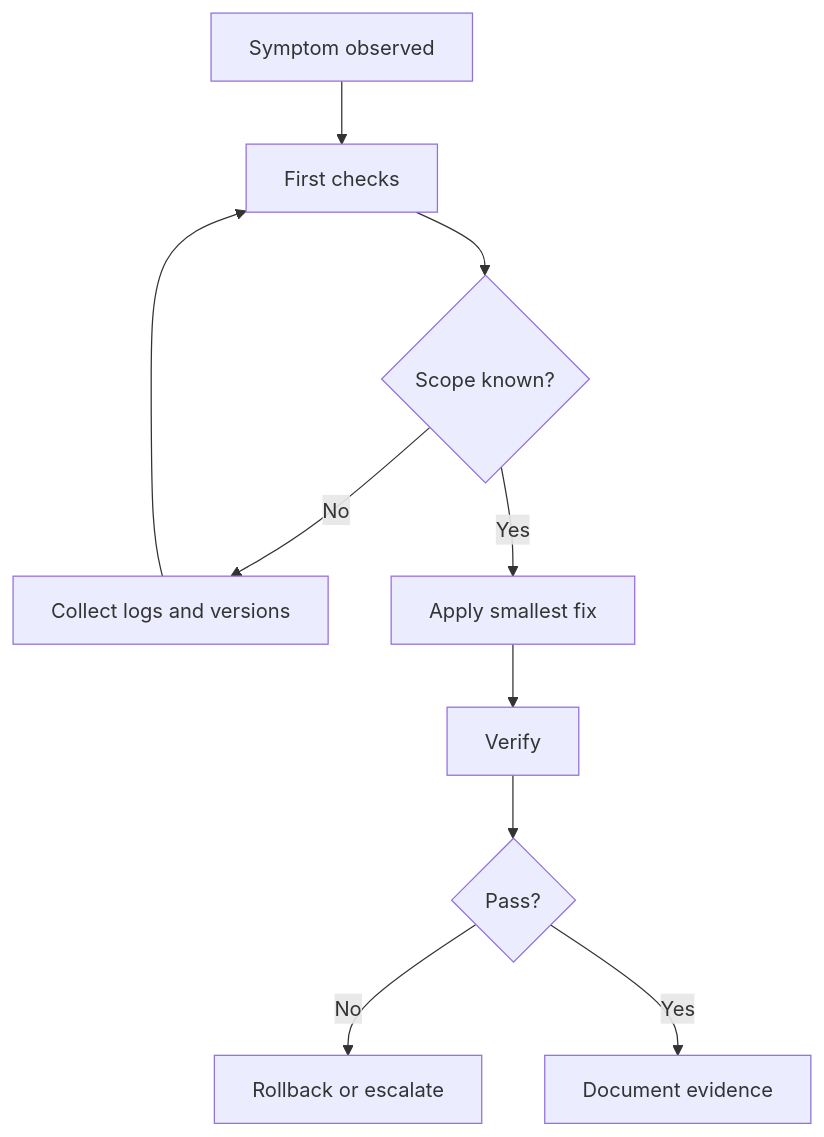
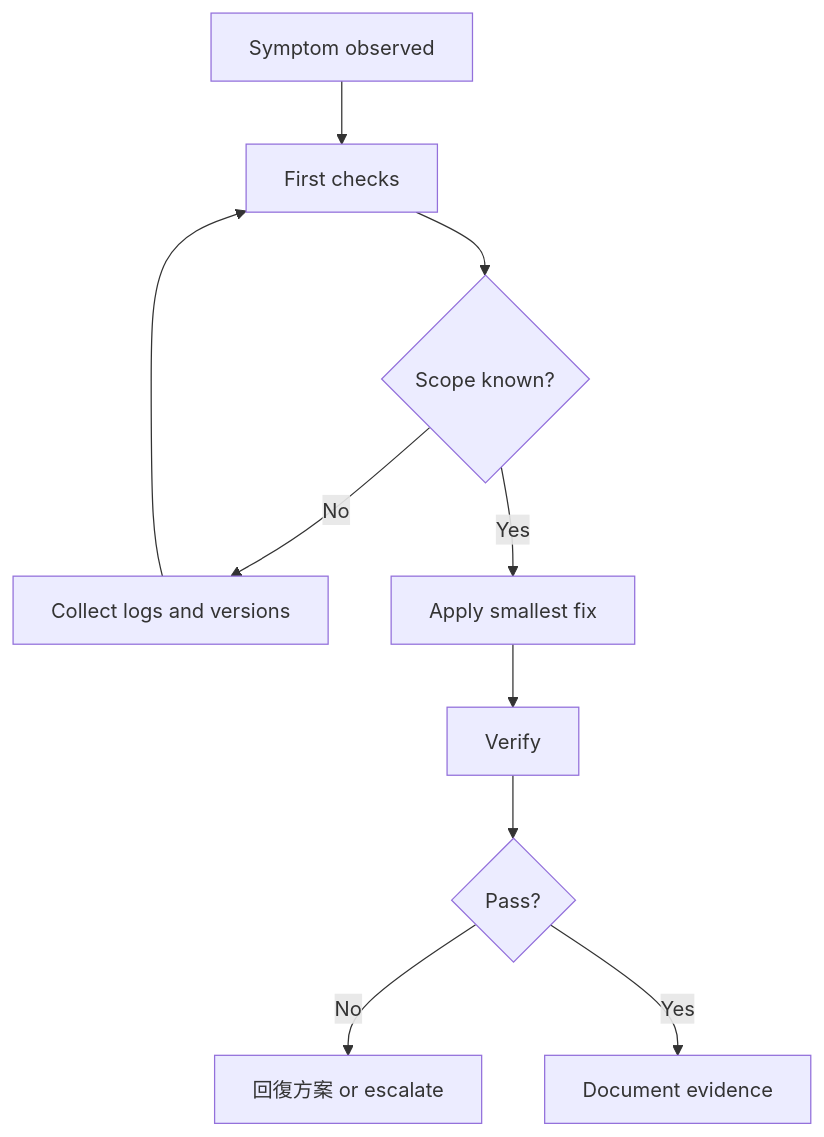
Before and after one commit to chen21019/cattle-handbook: the diagram in docs-site/src/content/docs/runbooks/broken-api.md, drawn with Mermaid. The commit also changed other lines of this file and 201 other files, not shown here.

````diff
--- a/docs-site/src/content/docs/runbooks/broken-api.md
+++ b/docs-site/src/content/docs/runbooks/broken-api.md
@@ -78,12 +78,12 @@
 ```mermaid
 flowchart TD
   A[Symptom observed] --> B[First checks]
   B --> C{Scope known?}
   C -- No --> D[Collect logs and versions]
   C -- Yes --> E[Apply smallest fix]
   D --> B
   E --> F[Verify]
   F --> G{Pass?}
-  G -- No --> H[Rollback or escalate]
+  G -- No --> H[回復方案 or escalate]
   G -- Yes --> I[Document evidence]
 ```
````
